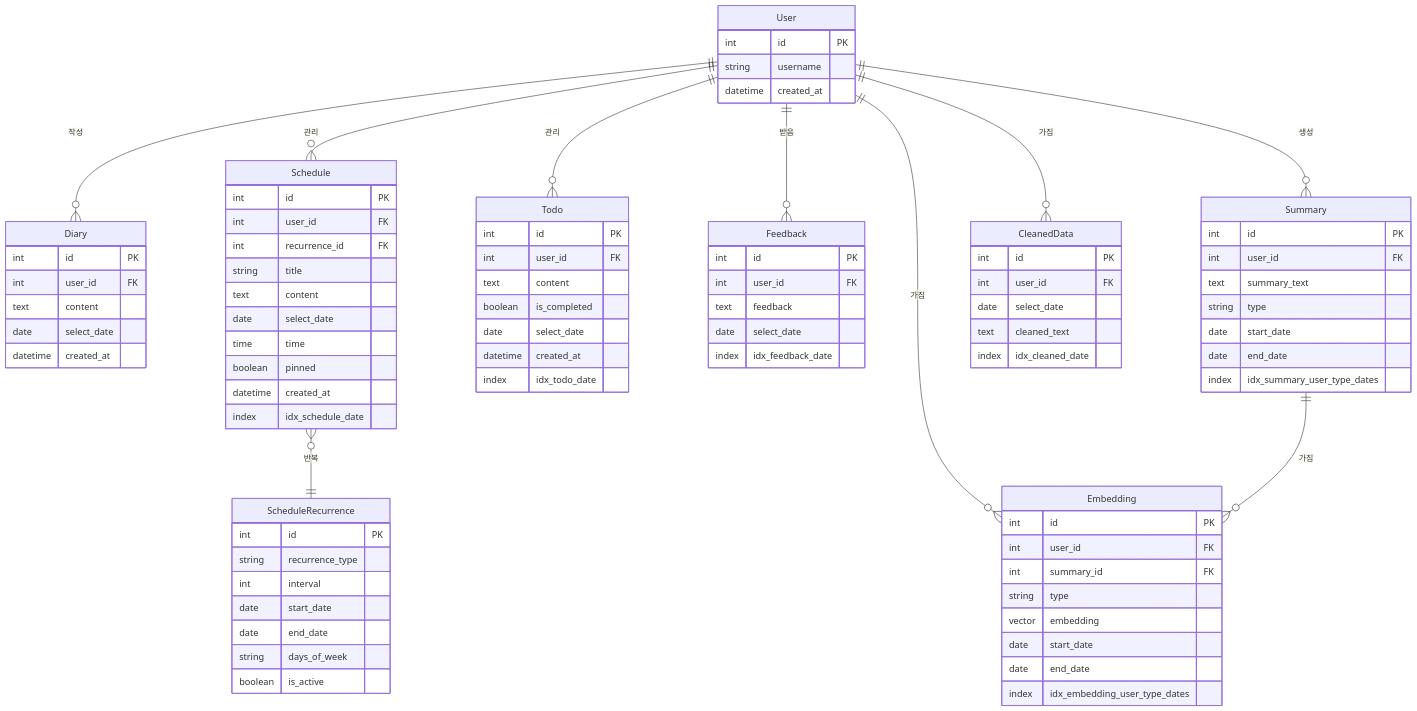
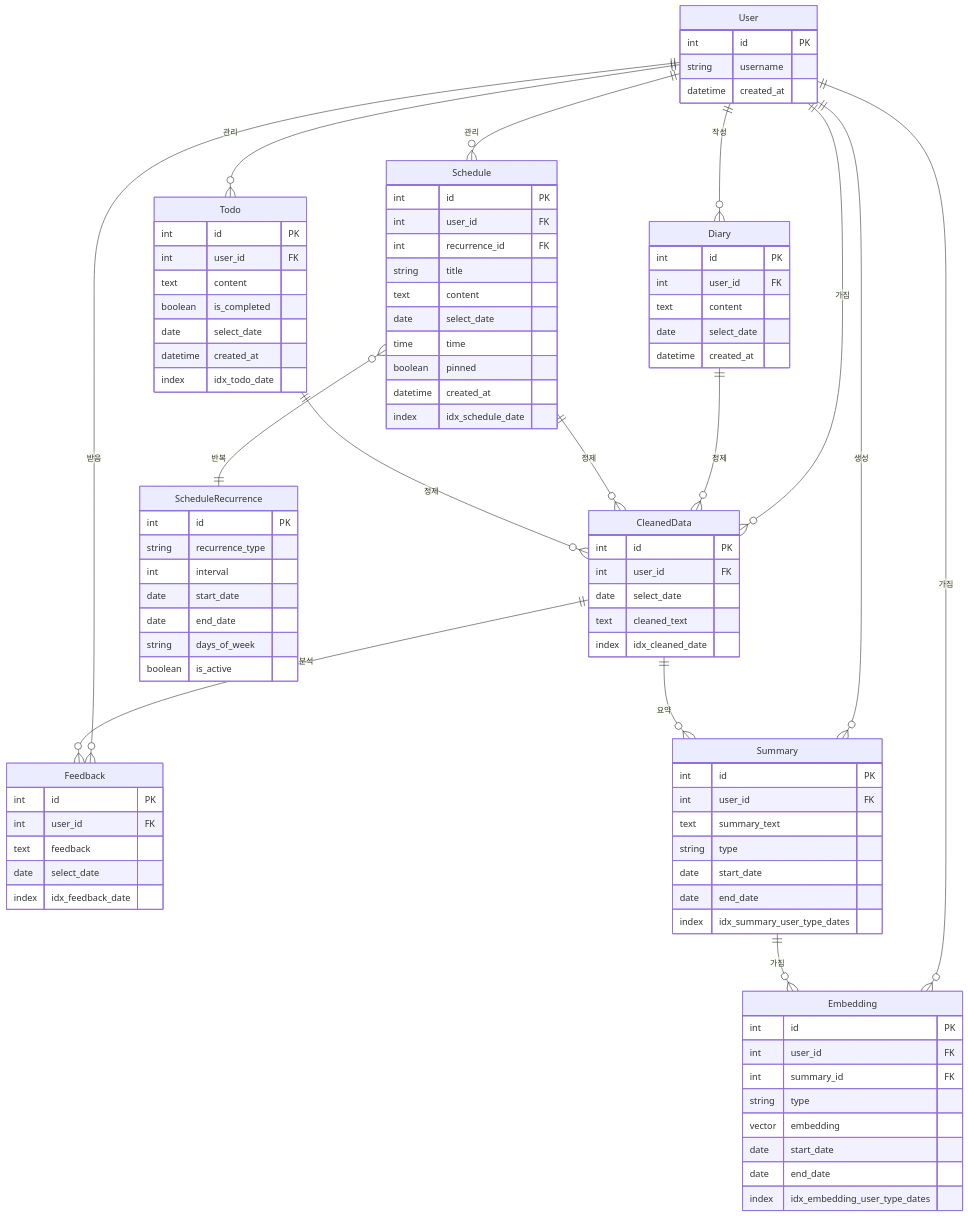
Before and after one commit to K-MarkLee/Youtube_Search_bot: the diagram in README.md, drawn with Mermaid. The commit also changed other lines of this file, not shown here.

```diff
--- a/README.md
+++ b/README.md
@@ -11,6 +11,13 @@
     User ||--o{ Embedding : "가짐"
     Summary ||--o{ Embedding : "가짐"
     Schedule }o--|| ScheduleRecurrence : "반복"
+    
+    %% 데이터 흐름 관계
+    Diary ||--o{ CleanedData : "정제"
+    Schedule ||--o{ CleanedData : "정제"
+    Todo ||--o{ CleanedData : "정제"
+    CleanedData ||--o{ Summary : "요약"
+    CleanedData ||--o{ Feedback : "분석"
 
     User {
         int id PK
```
